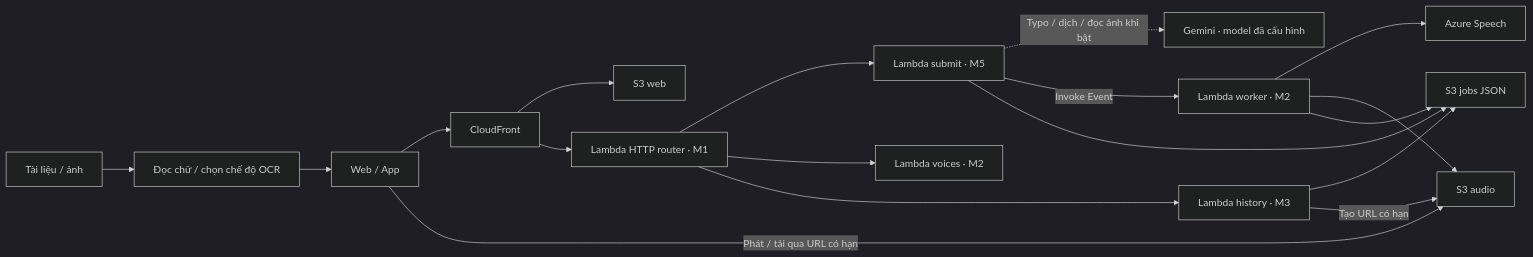
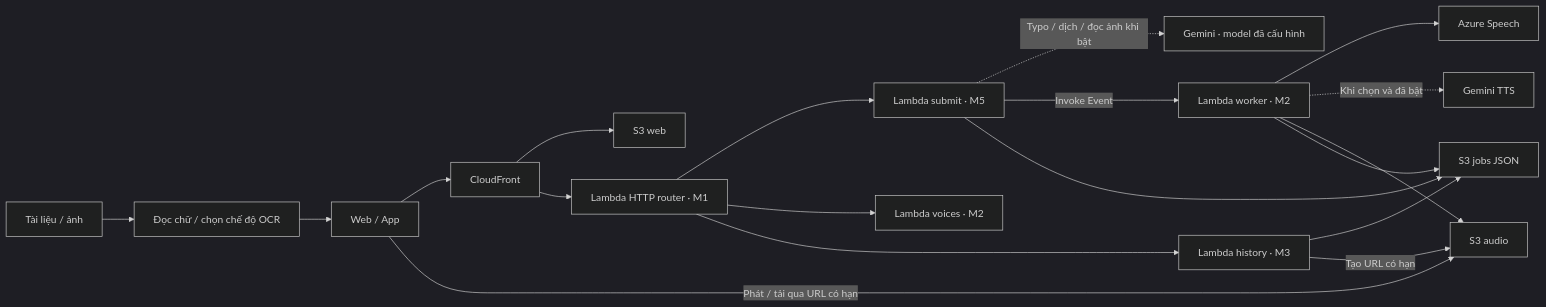
Before and after one commit to solvarhuynh/aws-multilingual-tts: the diagram in README.md, drawn with Mermaid (dark theme). The commit also changed other lines of this file and 57 other files, not shown here.

Commit message:
thêm TTS gemini, thêm sắc thái, thêm nhiều giọng đọc và quốc gia hơn

````diff
--- a/README.md
+++ b/README.md
@@ -77,20 +78,21 @@
 ```mermaid
 flowchart LR
     DOC[Tài liệu / ảnh] --> IMPORT[Đọc chữ / chọn chế độ OCR]
     IMPORT --> CLIENT
     CLIENT[Web / App] --> CF[CloudFront]
     CF --> WEB[S3 web]
     CF --> ROUTER[Lambda HTTP router · M1]
     ROUTER --> SUBMIT[Lambda submit · M5]
     ROUTER --> VOICES[Lambda voices · M2]
     ROUTER --> HISTORY[Lambda history · M3]
     SUBMIT -.->|Typo / dịch / đọc ảnh khi bật| GEMINI[Gemini · model đã cấu hình]
     SUBMIT -->|Invoke Event| WORKER[Lambda worker · M2]
     WORKER --> AZURE[Azure Speech]
+    WORKER -.->|Khi chọn và đã bật| GTTS[Gemini TTS]
     WORKER --> AUDIO[S3 audio]
     SUBMIT --> JOBS[S3 jobs JSON]
     WORKER --> JOBS
     HISTORY --> JOBS
     HISTORY -->|Tạo URL có hạn| AUDIO
     CLIENT -->|Phát / tải qua URL có hạn| AUDIO
 ```
````
